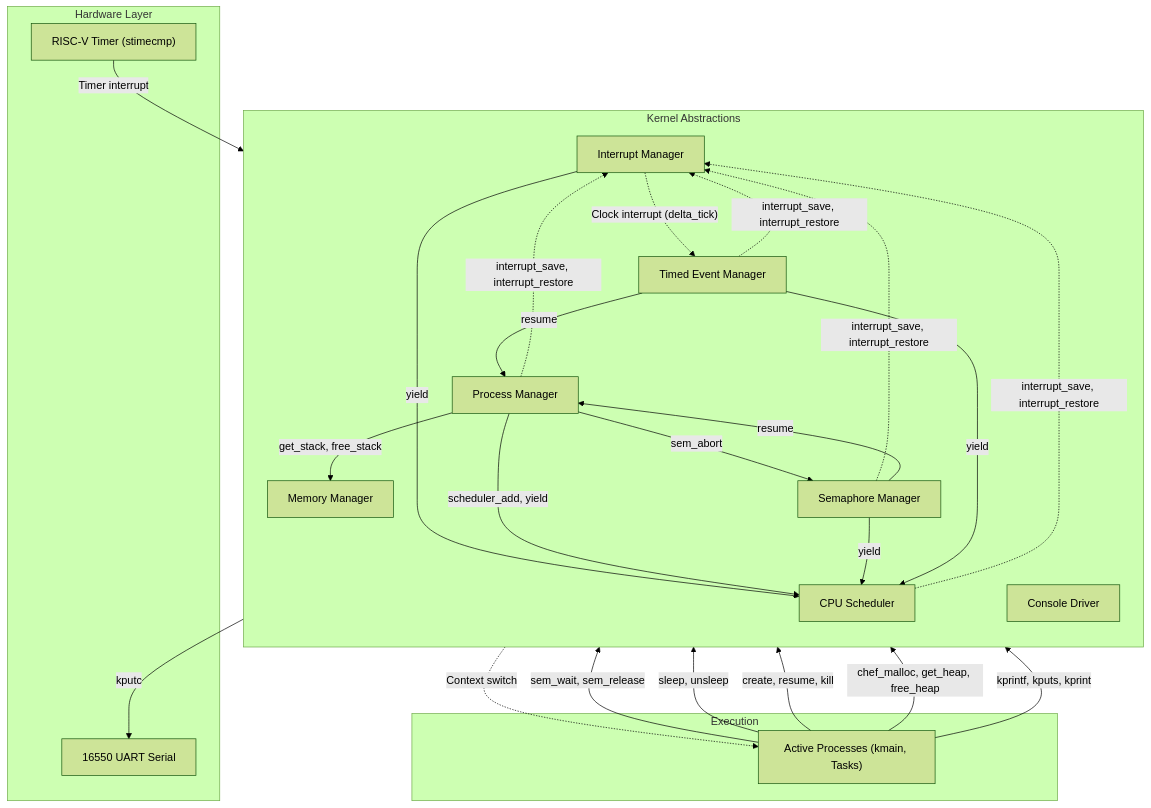
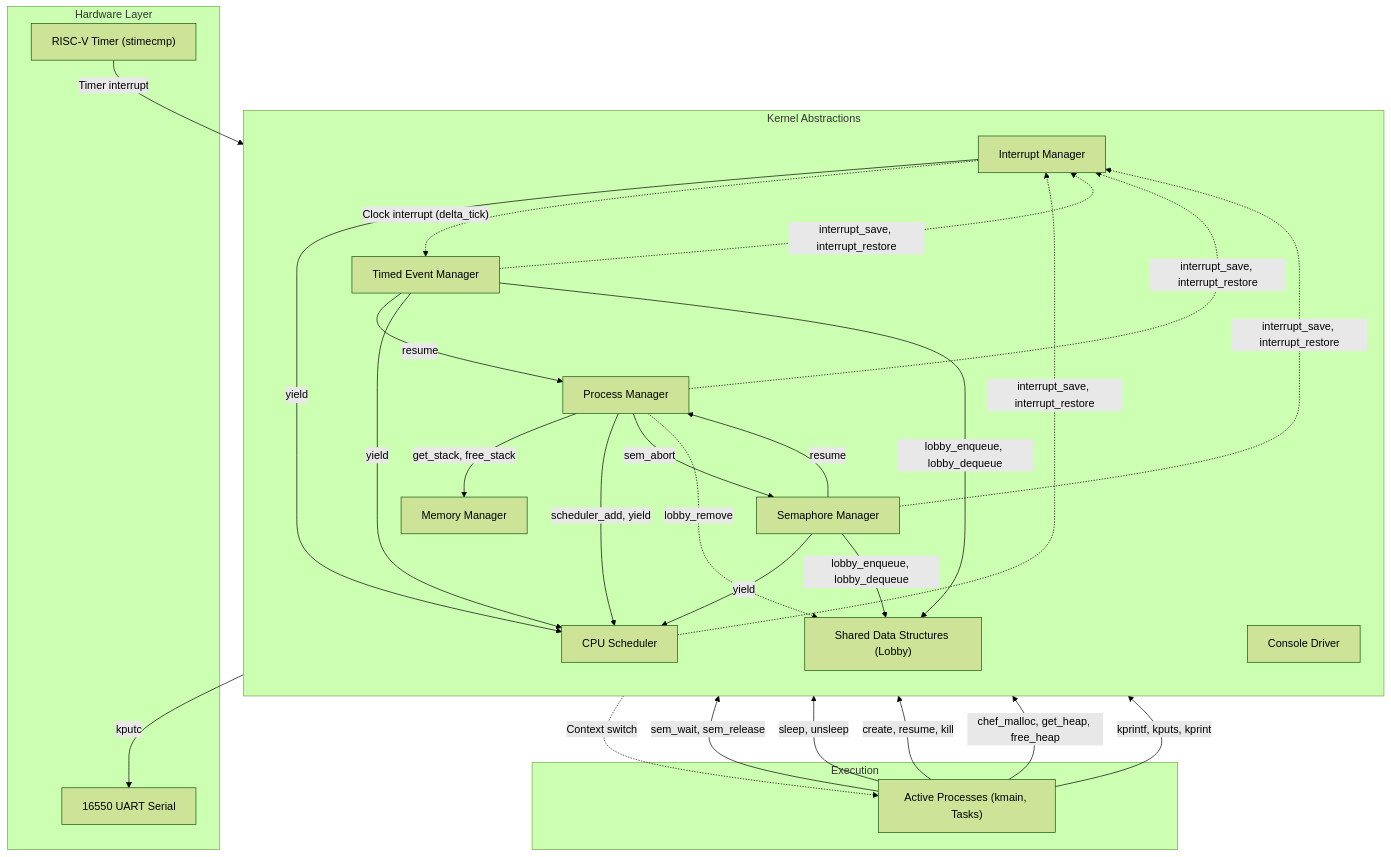
One commit to AtesIsf/Rio changed the diagram in README.md. Above: the diagram before and after it, drawn with Mermaid (forest theme).

Commit message:
updated flowchart to include lobby

````diff
--- a/README.md
+++ b/README.md
@@ -194,55 +194,61 @@
 ```mermaid
 flowchart TD
     subgraph Hardware ["Hardware Layer"]
         HW_TIMER["RISC-V Timer (stimecmp)"]
         HW_UART["16550 UART Serial"]
     end
 
     subgraph Core ["Kernel Abstractions"]
         direction TB
         MEM["Memory Manager"]
         PROC["Process Manager"]
         INT["Interrupt Manager"]
         SCHED["CPU Scheduler"]
         SEM["Semaphore Manager"]
         TIMED["Timed Event Manager"]
         CONSOLE["Console Driver"]
+        DS["Shared Data Structures (Lobby)"]
     end
 
     subgraph Exec ["Execution"]
         TASKS["Active Processes (kmain, Tasks)"]
     end
 
     %% Preemption & Scheduling
     HW_TIMER -->|"Timer interrupt"| INT
     INT -->|"yield"| SCHED
     SCHED -.->|"Context switch"| TASKS
 
     %% Concurrency & Critical Sections
     SCHED -.->|"interrupt_save, interrupt_restore"| INT
     PROC -.->|"interrupt_save, interrupt_restore"| INT
     SEM -.->|"interrupt_save, interrupt_restore"| INT
     TIMED -.->|"interrupt_save, interrupt_restore"| INT
 
     %% Process & Memory Interactions
     PROC -->|"get_stack, free_stack"| MEM
     PROC -->|"scheduler_add, yield"| SCHED
 
     %% Synchronization (Semaphores)
     TASKS -->|"sem_wait, sem_release"| SEM
     SEM -->|"resume"| PROC
     SEM -->|"yield"| SCHED
     PROC -->|"sem_abort"| SEM
 
     %% Timed Events & Sleep
     TASKS -->|"sleep, unsleep"| TIMED
     INT -.->|"Clock interrupt (delta_tick)"| TIMED
     TIMED -->|"resume"| PROC
     TIMED -->|"yield"| SCHED
 
+    %% Shared Kernel Data Structures
+    SEM -->|"lobby_enqueue, lobby_dequeue"| DS
+    TIMED -->|"lobby_enqueue, lobby_dequeue"| DS
+    PROC -.->|"lobby_remove"| DS
+
     %% Task Execution & I/O
     TASKS -->|"create, resume, kill"| PROC
     TASKS -->|"chef_malloc, get_heap, free_heap"| MEM
     TASKS -->|"kprintf, kputs, kprint"| CONSOLE
     CONSOLE -->|"kputc"| HW_UART
 ```
````
